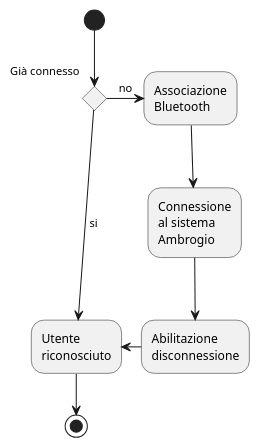
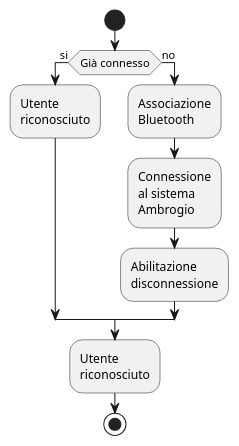
The diagram in A_1.1-1.2.puml (Andribi/AmbrogioDiagrams), drawn with PlantUML before and after one commit. The commit also changed 2 other files, not shown here.

Commit message:
Diagramma di attività per requisito 2.1 e modifiche su Req.1

```diff
--- a/A_1.1-1.2.puml
+++ b/A_1.1-1.2.puml
@@ -1,14 +1,14 @@
 @startuml
 'Requisiti 1.1 e 1.2
-'skinparam linetype polyline
-'skinparam linetype ortho
-(*)  --> if "Già connesso" then
-----> [si] "Utente\nriconosciuto" as fine
-else
--r-> [no] "Associazione\nBluetooth"
---> "Connessione\nal sistema\nAmbrogio"
---> "Abilitazione\ndisconnessione"
+skinparam ConditionEndStyle hline
+start
+if (Già connesso) then (si)
+:Utente\nriconosciuto;
+else (no)
+:Associazione\nBluetooth;
+:Connessione\nal sistema\nAmbrogio;
+:Abilitazione\ndisconnessione;
 Endif
--l-> fine
--d->(*)
+:Utente\nriconosciuto;
+stop
 @enduml
```
